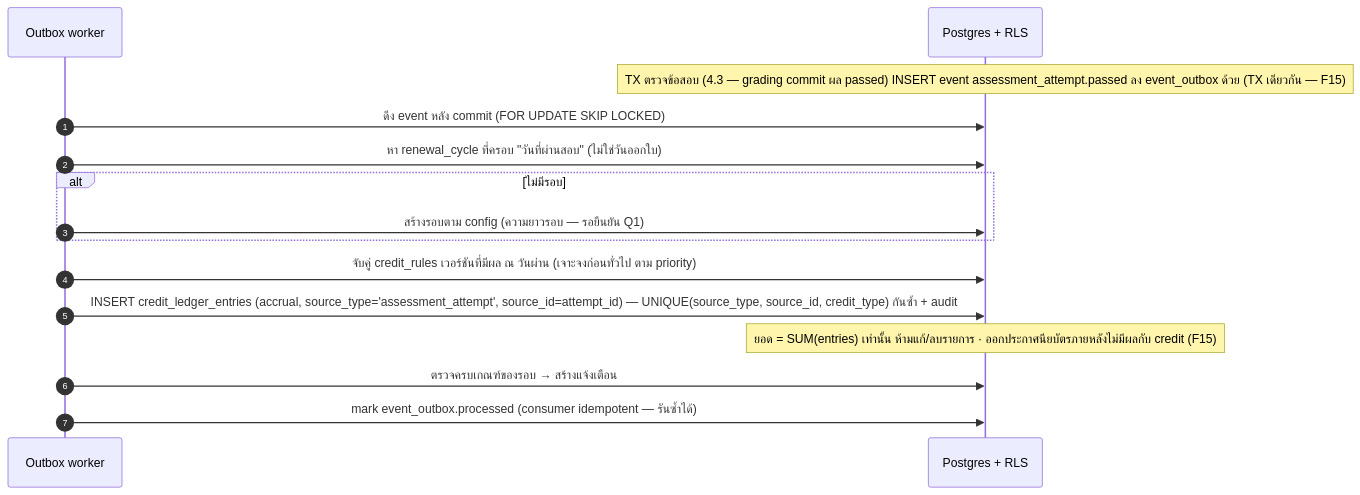
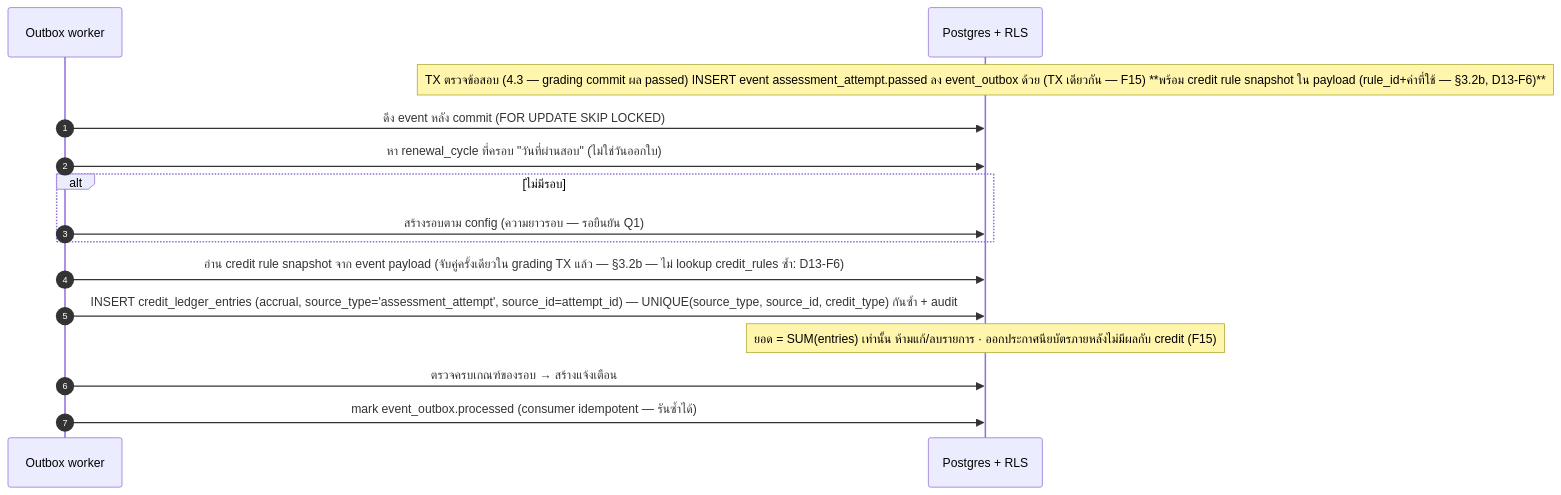
Before and after one commit to narongsak-sukma/E-Leaning-LTC: the fifth of 6 diagrams in docs/03-design/SDS.md, drawn with Mermaid. The commit also changed 4 other files, not shown here.

````diff
--- a/docs/03-design/SDS.md
+++ b/docs/03-design/SDS.md
@@ -267,17 +267,17 @@
 ```mermaid
 sequenceDiagram
     autonumber
     participant W as Outbox worker
     participant DB as Postgres + RLS
-    Note over DB: TX ตรวจข้อสอบ (4.3 — grading commit ผล passed) INSERT event assessment_attempt.passed ลง event_outbox ด้วย (TX เดียวกัน — F15)
+    Note over DB: TX ตรวจข้อสอบ (4.3 — grading commit ผล passed) INSERT event assessment_attempt.passed ลง event_outbox ด้วย (TX เดียวกัน — F15) **พร้อม credit rule snapshot ใน payload (rule_id+ค่าที่ใช้ — §3.2b, D13-F6)**
     W->>DB: ดึง event หลัง commit (FOR UPDATE SKIP LOCKED)
     W->>DB: หา renewal_cycle ที่ครอบ "วันที่ผ่านสอบ" (ไม่ใช่วันออกใบ)
     alt ไม่มีรอบ
         W->>DB: สร้างรอบตาม config (ความยาวรอบ — รอยืนยัน Q1)
     end
-    W->>DB: จับคู่ credit_rules เวอร์ชันที่มีผล ณ วันผ่าน (เจาะจงก่อนทั่วไป ตาม priority)
+    W->>DB: อ่าน credit rule snapshot จาก event payload (จับคู่ครั้งเดียวใน grading TX แล้ว — §3.2b — ไม่ lookup credit_rules ซ้ำ: D13-F6)
     W->>DB: INSERT credit_ledger_entries (accrual, source_type='assessment_attempt', source_id=attempt_id) — UNIQUE(source_type, source_id, credit_type) กันซ้ำ + audit
     Note over DB: ยอด = SUM(entries) เท่านั้น ห้ามแก้/ลบรายการ · ออกประกาศนียบัตรภายหลังไม่มีผลกับ credit (F15)
     W->>DB: ตรวจครบเกณฑ์ของรอบ → สร้างแจ้งเตือน
     W->>DB: mark event_outbox.processed (consumer idempotent — รันซ้ำได้)
 ```
````
